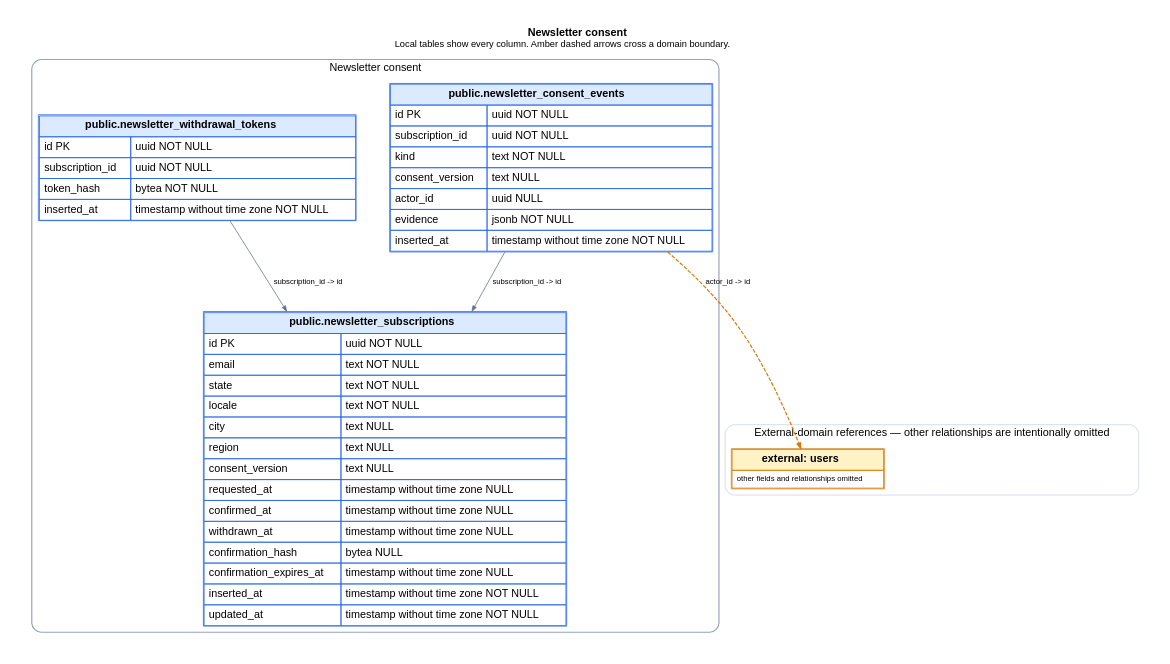
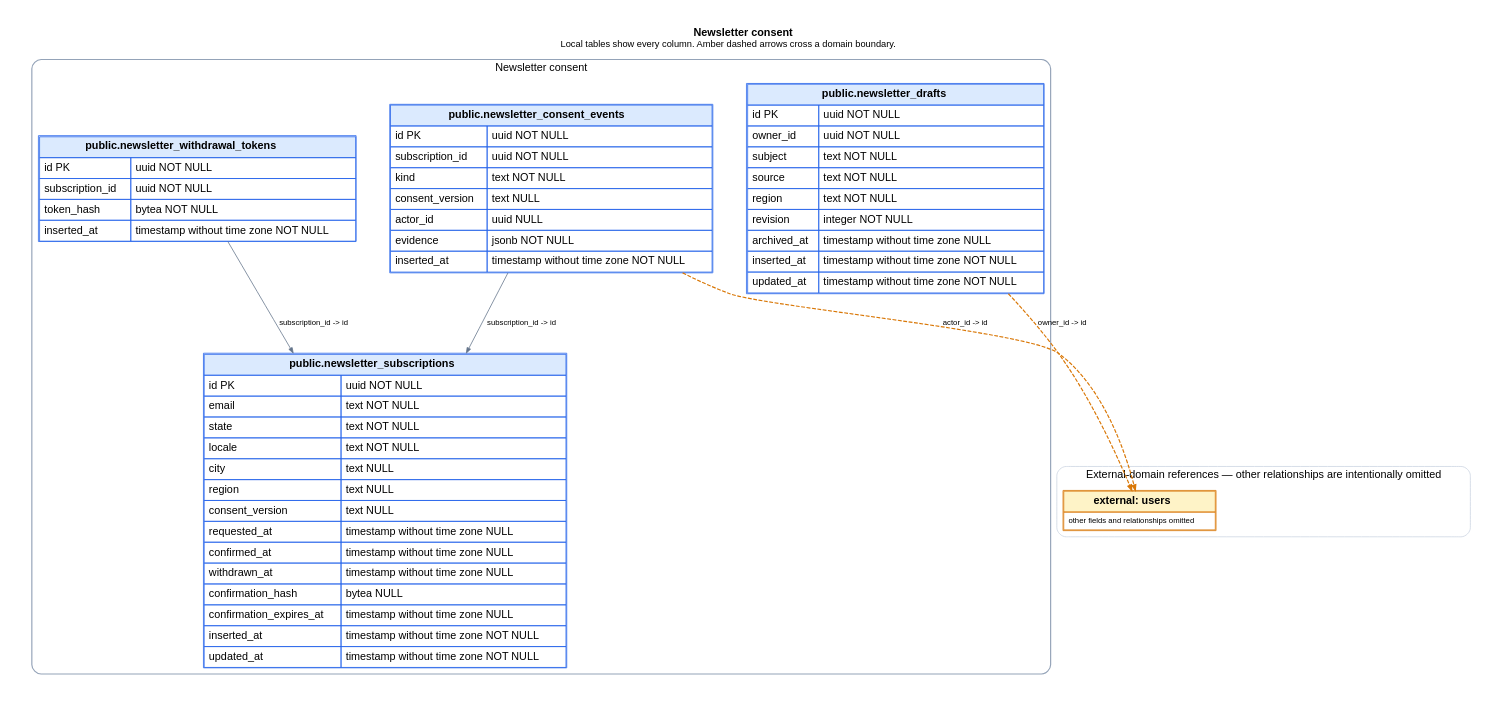
Before and after one commit to ogourment/pauseai.ca-website: the diagram in docs/schema/domains/newsletter.dot, drawn with Graphviz. The commit also changed 32 other files, not shown here.

```diff
--- a/docs/schema/domains/newsletter.dot
+++ b/docs/schema/domains/newsletter.dot
@@ -1,53 +1,61 @@
 digraph newsletter {
   graph [rankdir=TB, bgcolor="white", pad=0.35, nodesep=0.6, ranksep=0.9, fontname="Helvetica"];
   node [shape=plain, fontname="Helvetica"];
   edge [fontname="Helvetica", fontsize=10, arrowsize=0.7];
   labelloc="t";
   label=< <B>Newsletter consent</B><BR/><FONT POINT-SIZE="12">Local tables show every column. Amber dashed arrows cross a domain boundary.</FONT> >;
 
   subgraph cluster_local {
     label="Newsletter consent";
     color="#94a3b8";
     penwidth=1.5;
     style="rounded";
   "newsletter_subscriptions" [label=<
     <TABLE BORDER="1" CELLBORDER="1" CELLSPACING="0" CELLPADDING="5" COLOR="#2563eb">
       <TR><TD BGCOLOR="#dbeafe" COLSPAN="2"><B>public.newsletter_subscriptions</B></TD></TR>
       <TR><TD ALIGN="LEFT">id PK</TD><TD ALIGN="LEFT">uuid NOT NULL</TD></TR><TR><TD ALIGN="LEFT">email</TD><TD ALIGN="LEFT">text NOT NULL</TD></TR><TR><TD ALIGN="LEFT">state</TD><TD ALIGN="LEFT">text NOT NULL</TD></TR><TR><TD ALIGN="LEFT">locale</TD><TD ALIGN="LEFT">text NOT NULL</TD></TR><TR><TD ALIGN="LEFT">city</TD><TD ALIGN="LEFT">text NULL</TD></TR><TR><TD ALIGN="LEFT">region</TD><TD ALIGN="LEFT">text NULL</TD></TR><TR><TD ALIGN="LEFT">consent_version</TD><TD ALIGN="LEFT">text NULL</TD></TR><TR><TD ALIGN="LEFT">requested_at</TD><TD ALIGN="LEFT">timestamp without time zone NULL</TD></TR><TR><TD ALIGN="LEFT">confirmed_at</TD><TD ALIGN="LEFT">timestamp without time zone NULL</TD></TR><TR><TD ALIGN="LEFT">withdrawn_at</TD><TD ALIGN="LEFT">timestamp without time zone NULL</TD></TR><TR><TD ALIGN="LEFT">confirmation_hash</TD><TD ALIGN="LEFT">bytea NULL</TD></TR><TR><TD ALIGN="LEFT">confirmation_expires_at</TD><TD ALIGN="LEFT">timestamp without time zone NULL</TD></TR><TR><TD ALIGN="LEFT">inserted_at</TD><TD ALIGN="LEFT">timestamp without time zone NOT NULL</TD></TR><TR><TD ALIGN="LEFT">updated_at</TD><TD ALIGN="LEFT">timestamp without time zone NOT NULL</TD></TR>
     </TABLE>
   >];
 
   "newsletter_consent_events" [label=<
     <TABLE BORDER="1" CELLBORDER="1" CELLSPACING="0" CELLPADDING="5" COLOR="#2563eb">
       <TR><TD BGCOLOR="#dbeafe" COLSPAN="2"><B>public.newsletter_consent_events</B></TD></TR>
       <TR><TD ALIGN="LEFT">id PK</TD><TD ALIGN="LEFT">uuid NOT NULL</TD></TR><TR><TD ALIGN="LEFT">subscription_id</TD><TD ALIGN="LEFT">uuid NOT NULL</TD></TR><TR><TD ALIGN="LEFT">kind</TD><TD ALIGN="LEFT">text NOT NULL</TD></TR><TR><TD ALIGN="LEFT">consent_version</TD><TD ALIGN="LEFT">text NULL</TD></TR><TR><TD ALIGN="LEFT">actor_id</TD><TD ALIGN="LEFT">uuid NULL</TD></TR><TR><TD ALIGN="LEFT">evidence</TD><TD ALIGN="LEFT">jsonb NOT NULL</TD></TR><TR><TD ALIGN="LEFT">inserted_at</TD><TD ALIGN="LEFT">timestamp without time zone NOT NULL</TD></TR>
     </TABLE>
   >];
 
   "newsletter_withdrawal_tokens" [label=<
     <TABLE BORDER="1" CELLBORDER="1" CELLSPACING="0" CELLPADDING="5" COLOR="#2563eb">
       <TR><TD BGCOLOR="#dbeafe" COLSPAN="2"><B>public.newsletter_withdrawal_tokens</B></TD></TR>
       <TR><TD ALIGN="LEFT">id PK</TD><TD ALIGN="LEFT">uuid NOT NULL</TD></TR><TR><TD ALIGN="LEFT">subscription_id</TD><TD ALIGN="LEFT">uuid NOT NULL</TD></TR><TR><TD ALIGN="LEFT">token_hash</TD><TD ALIGN="LEFT">bytea NOT NULL</TD></TR><TR><TD ALIGN="LEFT">inserted_at</TD><TD ALIGN="LEFT">timestamp without time zone NOT NULL</TD></TR>
     </TABLE>
   >];
 
+  "newsletter_drafts" [label=<
+    <TABLE BORDER="1" CELLBORDER="1" CELLSPACING="0" CELLPADDING="5" COLOR="#2563eb">
+      <TR><TD BGCOLOR="#dbeafe" COLSPAN="2"><B>public.newsletter_drafts</B></TD></TR>
+      <TR><TD ALIGN="LEFT">id PK</TD><TD ALIGN="LEFT">uuid NOT NULL</TD></TR><TR><TD ALIGN="LEFT">owner_id</TD><TD ALIGN="LEFT">uuid NOT NULL</TD></TR><TR><TD ALIGN="LEFT">subject</TD><TD ALIGN="LEFT">text NOT NULL</TD></TR><TR><TD ALIGN="LEFT">source</TD><TD ALIGN="LEFT">text NOT NULL</TD></TR><TR><TD ALIGN="LEFT">region</TD><TD ALIGN="LEFT">text NOT NULL</TD></TR><TR><TD ALIGN="LEFT">revision</TD><TD ALIGN="LEFT">integer NOT NULL</TD></TR><TR><TD ALIGN="LEFT">archived_at</TD><TD ALIGN="LEFT">timestamp without time zone NULL</TD></TR><TR><TD ALIGN="LEFT">inserted_at</TD><TD ALIGN="LEFT">timestamp without time zone NOT NULL</TD></TR><TR><TD ALIGN="LEFT">updated_at</TD><TD ALIGN="LEFT">timestamp without time zone NOT NULL</TD></TR>
+    </TABLE>
+  >];
+
   }
 
   subgraph cluster_external {
     label="External-domain references — other relationships are intentionally omitted";
     color="#cbd5e1";
     penwidth=1;
     style="rounded";
   "users" [label=<
     <TABLE BORDER="1" CELLBORDER="1" CELLSPACING="0" CELLPADDING="5" COLOR="#d97706">
       <TR><TD BGCOLOR="#fef3c7"><B>external: users</B></TD></TR>
       <TR><TD><FONT POINT-SIZE="10">other fields and relationships omitted</FONT></TD></TR>
     </TABLE>
   >];
 
   }
 
   "newsletter_consent_events" -> "users" [label="actor_id -> id", color="#d97706", style="dashed", penwidth=1.5];
   "newsletter_consent_events" -> "newsletter_subscriptions" [label="subscription_id -> id", color="#64748b"];
+  "newsletter_drafts" -> "users" [label="owner_id -> id", color="#d97706", style="dashed", penwidth=1.5];
   "newsletter_withdrawal_tokens" -> "newsletter_subscriptions" [label="subscription_id -> id", color="#64748b"];
 }
```
